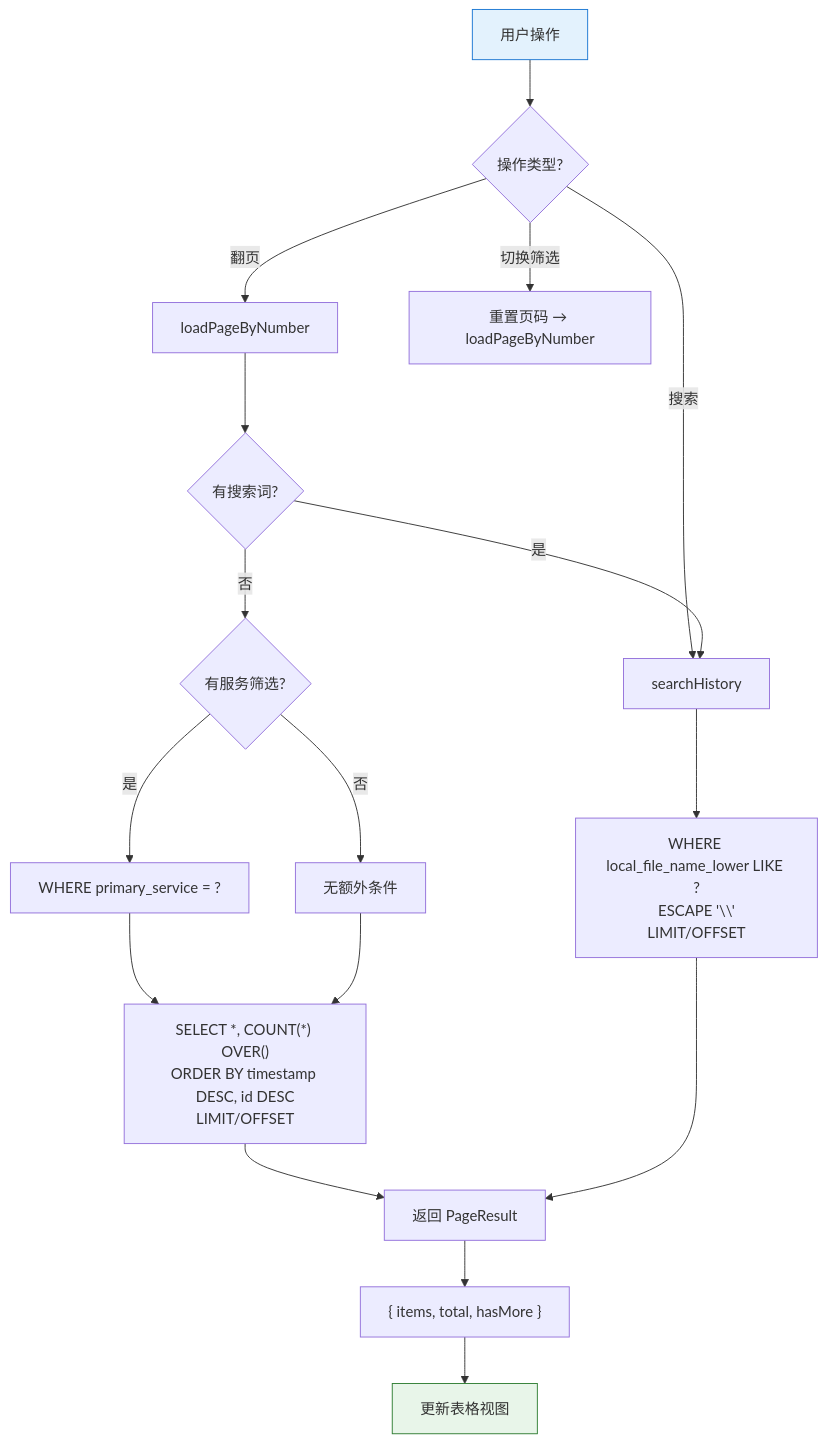
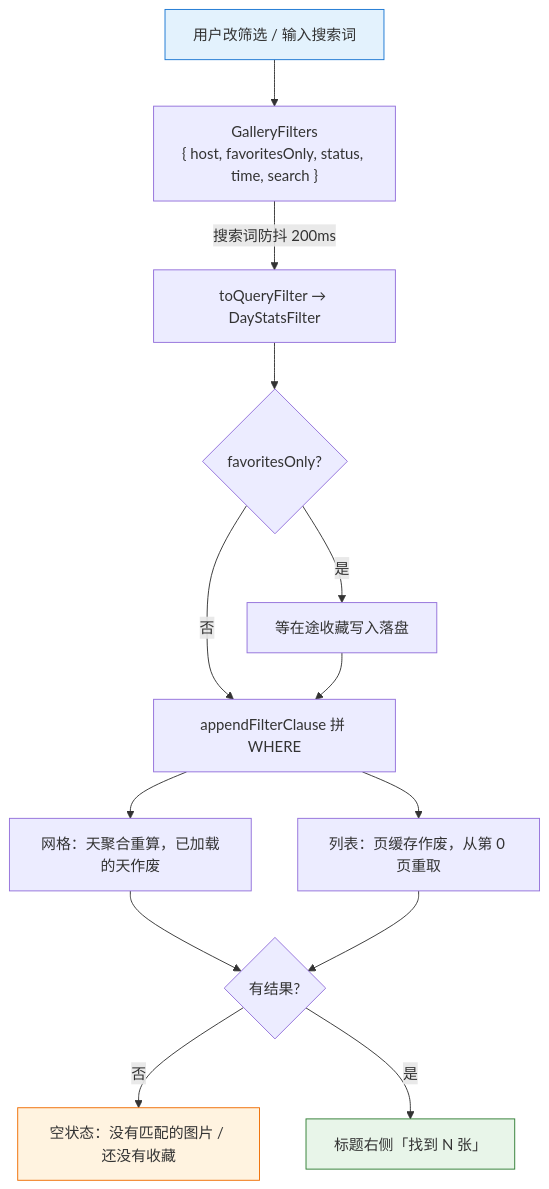
The second of 3 diagrams in docs/flows/history-flow.md (joeyliu6/PicNexus), drawn with Mermaid before and after one commit. The commit also changed other lines of this file and 14 other files, not shown here.

Commit message:
docs: describe the gallery in the flows, architecture and API references

````diff
--- a/docs/flows/history-flow.md
+++ b/docs/flows/history-flow.md
@@ -60,25 +57,18 @@
 ```mermaid
 flowchart TD
-    A[用户操作] --> B{操作类型?}
+    A[用户改筛选 / 输入搜索词] --> B["GalleryFilters\n{ host, favoritesOnly, status, time, search }"]
+    B -- 搜索词防抖 200ms --> C["toQueryFilter → DayStatsFilter"]
+    C --> D{favoritesOnly?}
+    D -- 是 --> D1[等在途收藏写入落盘]
+    D -- 否 --> E
+    D1 --> E["appendFilterClause 拼 WHERE"]
+    E --> F1[网格：天聚合重算，已加载的天作废]
+    E --> F2[列表：页缓存作废，从第 0 页重取]
+    F1 & F2 --> G{有结果?}
+    G -- 否 --> G1["空状态：没有匹配的图片 / 还没有收藏"]
+    G -- 是 --> G2["标题右侧「找到 N 张」"]
 
-    B -- 翻页 --> C[loadPageByNumber]
-    B -- 搜索 --> D[searchHistory]
-    B -- 切换筛选 --> E[重置页码 → loadPageByNumber]
-
-    C --> F{有搜索词?}
-    F -- 是 --> D
-    F -- 否 --> G{有服务筛选?}
-    G -- 是 --> G1["WHERE primary_service = ?"]
-    G -- 否 --> G2[无额外条件]
-    G1 & G2 --> H["SELECT *, COUNT(*) OVER()\nORDER BY timestamp DESC, id DESC\nLIMIT/OFFSET"]
-
-    D --> I["WHERE local_file_name_lower LIKE ?\nESCAPE '\\'\nLIMIT/OFFSET"]
-
-    H & I --> J[返回 PageResult]
-    J --> K["{ items, total, hasMore }"]
-    K --> L[更新表格视图]
-
-    %% 样式
     style A fill:#e3f2fd,stroke:#1976d2
-    style L fill:#e8f5e9,stroke:#2e7d32
+    style G2 fill:#e8f5e9,stroke:#2e7d32
+    style G1 fill:#fff3e0,stroke:#ef6c00
 ```
````
